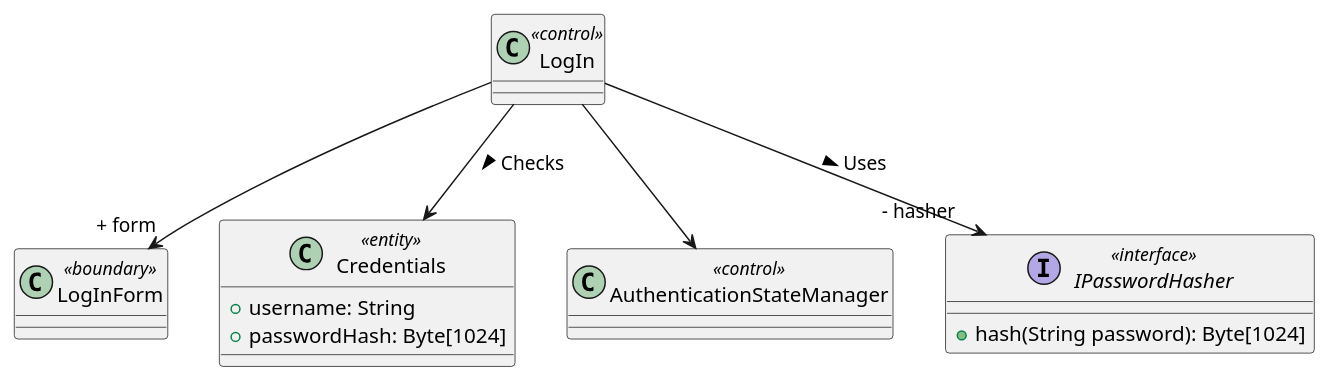
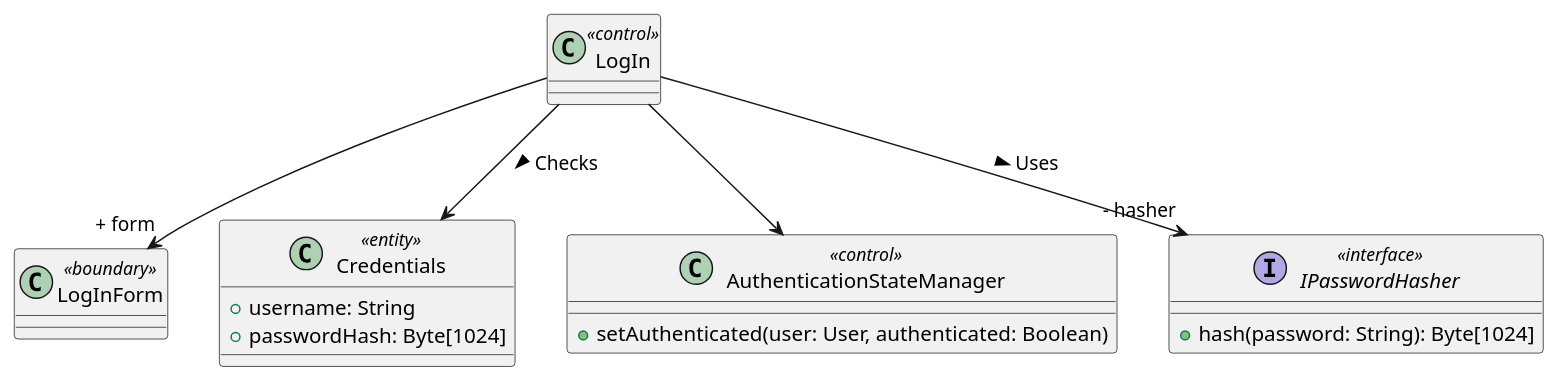
The second of 2 diagrams in Use Cases/LogIn.iuml (bmb0136/COMP-3700-Project), drawn with PlantUML before and after one commit.

Commit message:
add method to ASM

```diff
--- a/Use Cases/LogIn.iuml
+++ b/Use Cases/LogIn.iuml
@@ -28,16 +28,18 @@
 @startuml Log In Object Model
 class LogIn <<control>> {}
 class LogInForm <<boundary>> {}
 class Credentials <<entity>> {
   + username: String
   + passwordHash: Byte[1024]
 }
-class AuthenticationStateManager <<control>> {}
+class AuthenticationStateManager <<control>> {
+  + setAuthenticated(user: User, authenticated: Boolean)
+}
 interface IPasswordHasher <<interface>> {
-  + hash(String password): Byte[1024]
+  + hash(password: String): Byte[1024]
 }
 LogIn --> "+ form" LogInForm
 LogIn --> Credentials : Checks >
 LogIn --> "- hasher" IPasswordHasher : Uses >
 LogIn --> AuthenticationStateManager
 @enduml
```
